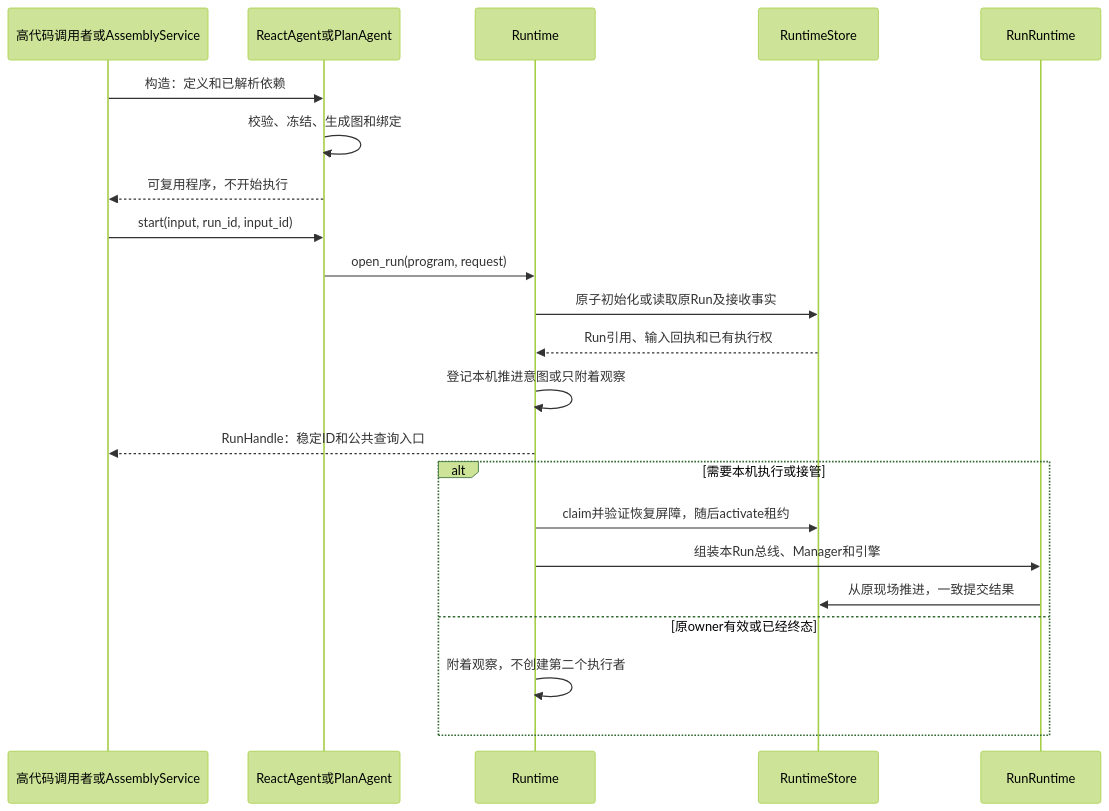
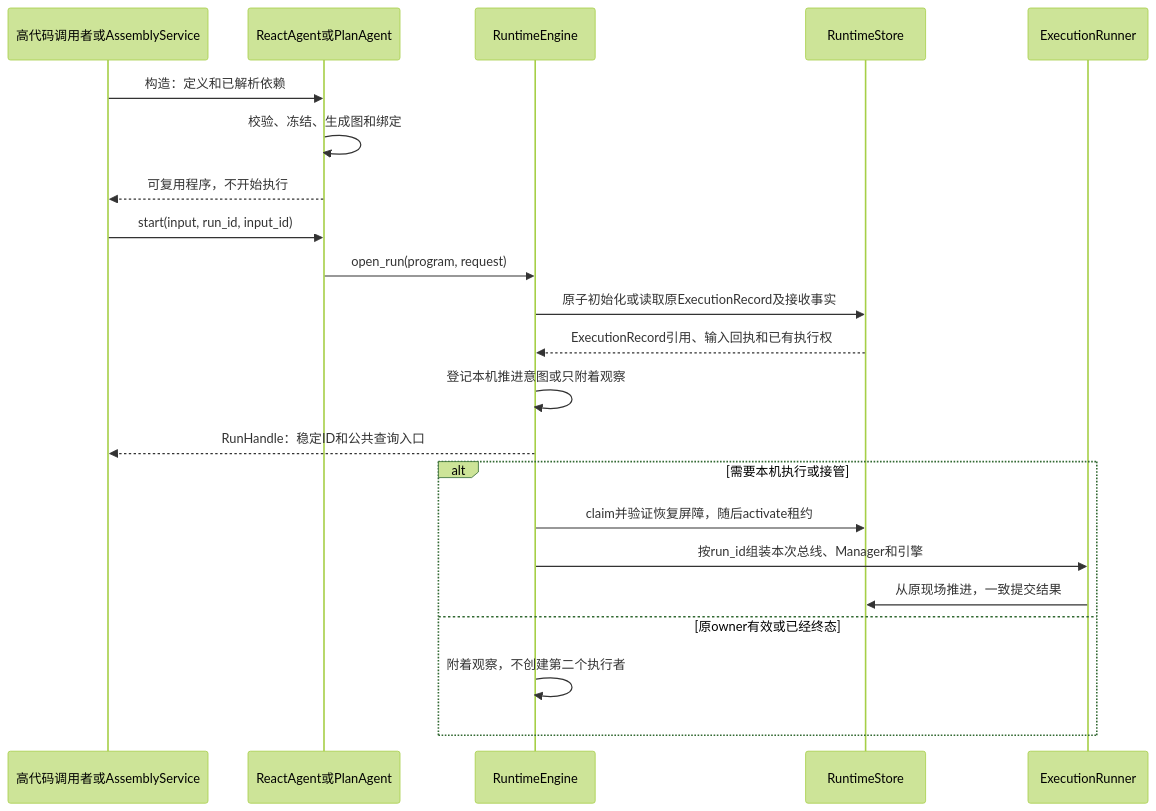
Before and after one commit to dujian0068/agent-loom: the second of 2 diagrams in docs/sdk/assembly.md, drawn with Mermaid (forest theme). The commit also changed other lines of this file and 28 other files, not shown here.

````diff
--- a/docs/sdk/assembly.md
+++ b/docs/sdk/assembly.md
@@ -261,24 +280,24 @@
 ```mermaid
 sequenceDiagram
     participant C as 高代码调用者或AssemblyService
     participant A as ReactAgent或PlanAgent
-    participant R as Runtime
+    participant R as RuntimeEngine
     participant S as RuntimeStore
-    participant X as RunRuntime
+    participant X as ExecutionRunner
     C->>A: 构造：定义和已解析依赖
     A->>A: 校验、冻结、生成图和绑定
     A-->>C: 可复用程序，不开始执行
     C->>A: start(input, run_id, input_id)
     A->>R: open_run(program, request)
-    R->>S: 原子初始化或读取原Run及接收事实
-    S-->>R: Run引用、输入回执和已有执行权
+    R->>S: 原子初始化或读取原ExecutionRecord及接收事实
+    S-->>R: ExecutionRecord引用、输入回执和已有执行权
     R->>R: 登记本机推进意图或只附着观察
     R-->>C: RunHandle：稳定ID和公共查询入口
     alt 需要本机执行或接管
         R->>S: claim并验证恢复屏障，随后activate租约
-        R->>X: 组装本Run总线、Manager和引擎
+        R->>X: 按run_id组装本次总线、Manager和引擎
         X->>S: 从原现场推进，一致提交结果
     else 原owner有效或已经终态
         R->>R: 附着观察，不创建第二个执行者
     end
 ```
````
